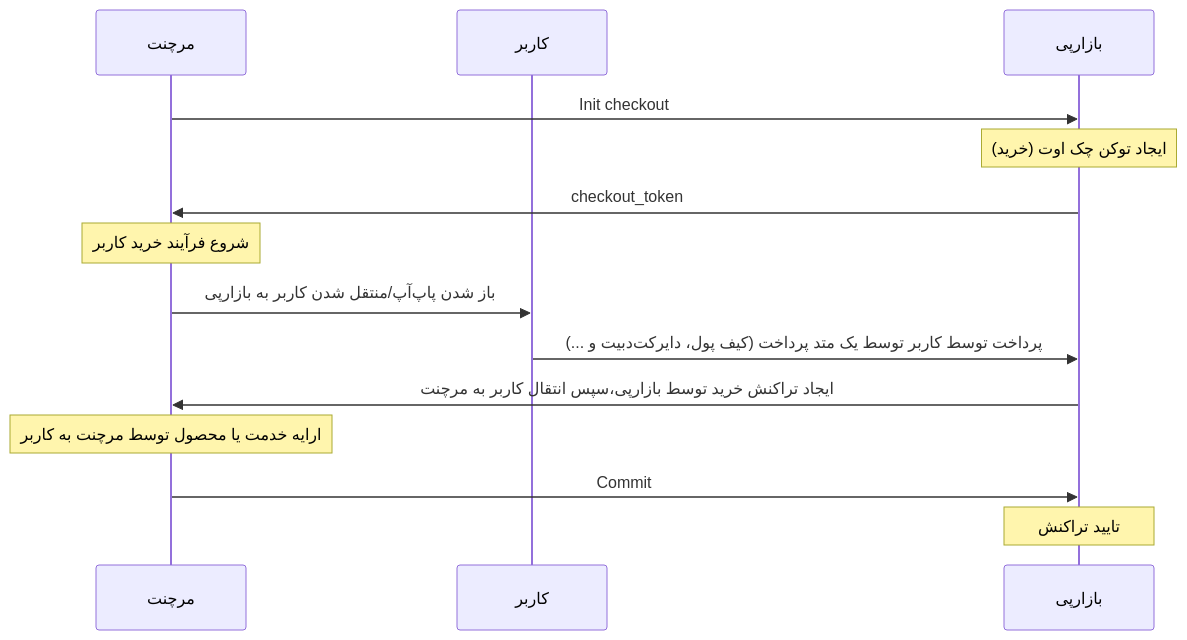
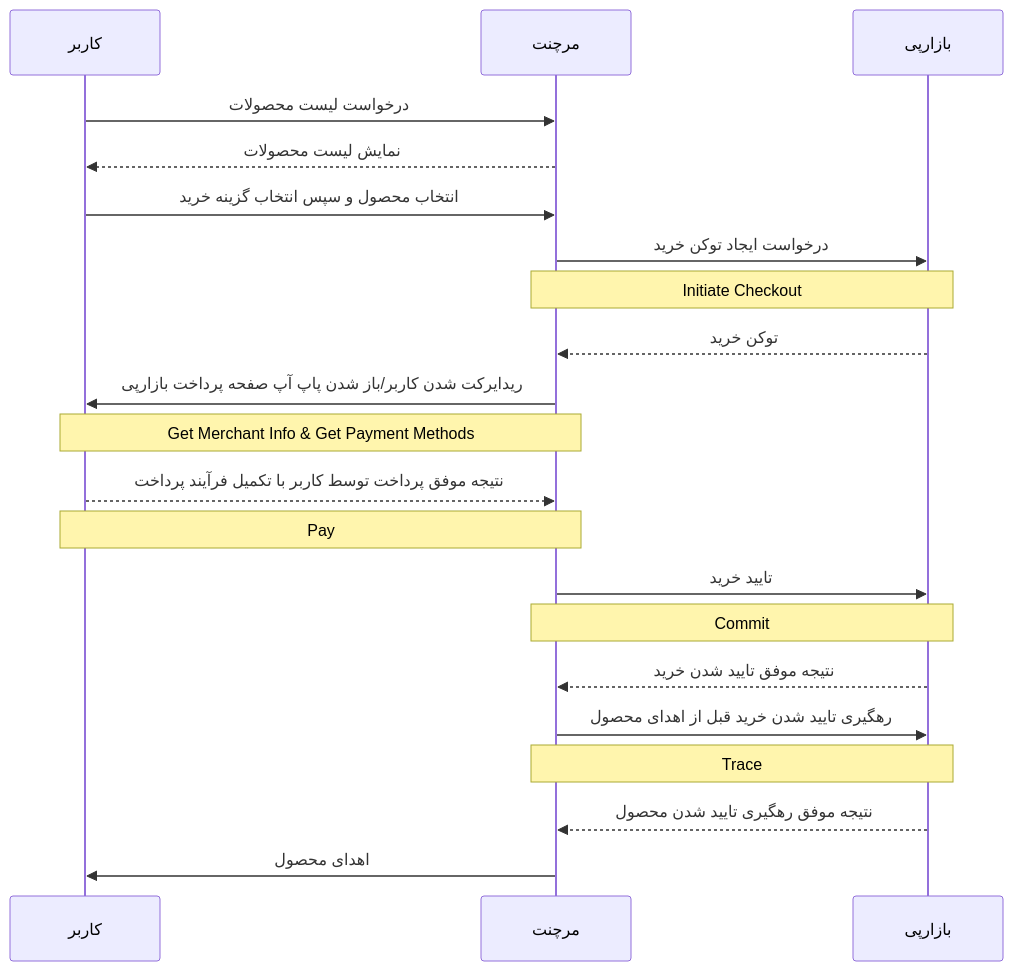
One commit to BazaarPay/Docs changed the diagram in fa/README.md. Above: the diagram before and after it, drawn with Mermaid.

Commit message:
refactor old and wrong diagram to the correct one

````diff
--- a/fa/README.md
+++ b/fa/README.md
@@ -1,19 +1,29 @@
 ```mermaid
 sequenceDiagram
+    participant کاربر
     participant مرچنت
-    participant کاربر
     participant بازارپی
 
-    مرچنت ->> بازارپی: Init checkout
-    Note over بازارپی: ایجاد توکن چک اوت (خرید)
-    بازارپی ->> مرچنت: checkout_token
+    کاربر ->> مرچنت: درخواست لیست محصولات
+    مرچنت -->> کاربر: نمایش لیست محصولات
+    کاربر ->> مرچنت: انتخاب محصول و سپس انتخاب گزینه خرید
 
-    Note over مرچنت: شروع فرآیند خرید کاربر
-    مرچنت ->> کاربر: باز شدن پاپ‌آپ/منتقل شدن کاربر به بازارپی
-    کاربر ->> بازارپی: پرداخت توسط کاربر توسط یک متد پرداخت (کیف پول، دایرکت‌دبیت و ...)
-    بازارپی ->> مرچنت: ایجاد تراکنش خرید توسط بازارپی،‌سپس انتقال کاربر به مرچنت
+    مرچنت ->> بازارپی: درخواست ایجاد توکن خرید
+    note over مرچنت, بازارپی: Initiate Checkout
+    بازارپی -->> مرچنت: توکن خرید
 
-    Note over مرچنت: ارایه خدمت یا محصول توسط مرچنت به کاربر
-    مرچنت ->> بازارپی: Commit
-    Note over بازارپی: تایید تراکنش
+    مرچنت ->> کاربر: ریدایرکت شدن کاربر/باز شدن پاپ آپ صفحه پرداخت بازارپی
+    note over مرچنت, کاربر: Get Merchant Info & Get Payment Methods
+    کاربر -->> مرچنت: نتیجه موفق پرداخت توسط کاربر با تکمیل فرآیند پرداخت
+    note over مرچنت, کاربر: Pay
+
+    مرچنت ->> بازارپی: تایید خرید
+    note over مرچنت, بازارپی: Commit
+    بازارپی -->> مرچنت: نتیجه‌ موفق تایید شدن خرید
+
+    مرچنت ->> بازارپی: رهگیری تایید شدن خرید قبل از اهدای محصول
+    note over مرچنت, بازارپی: Trace
+    بازارپی -->> مرچنت: نتیجه موفق رهگیری تایید شدن محصول
+
+    مرچنت ->> کاربر: اهدای محصول
 ```
````
